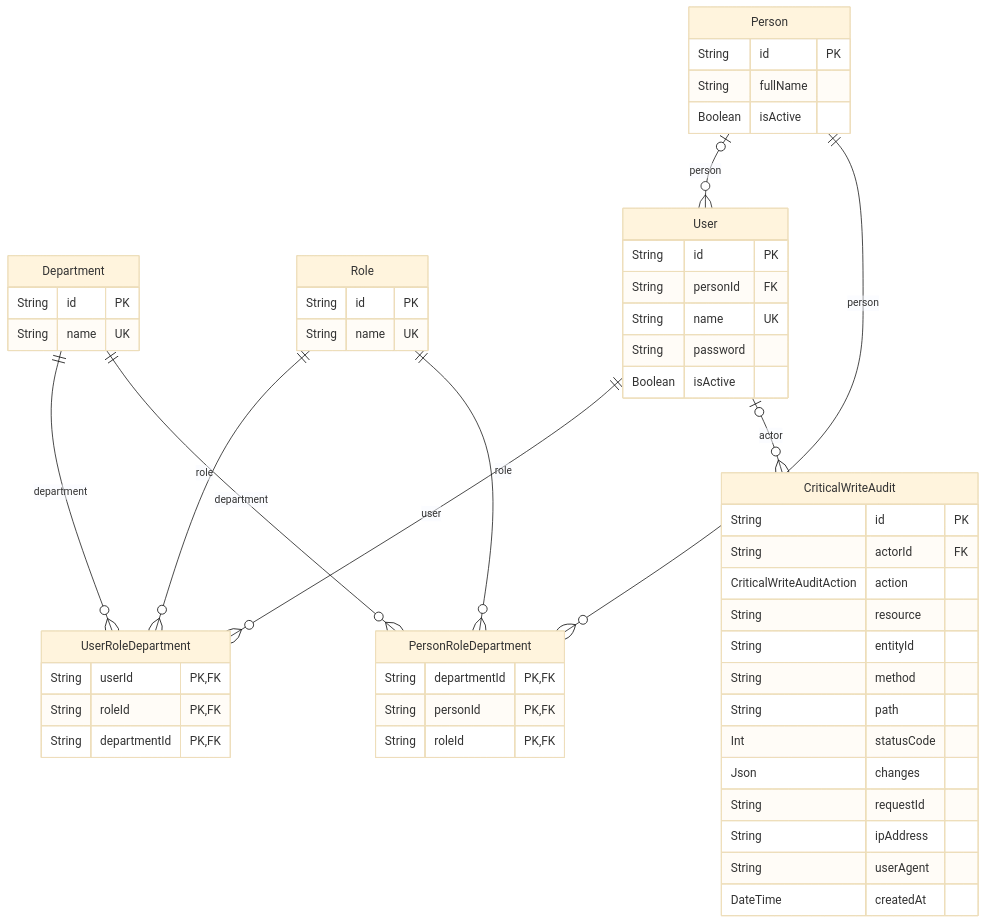
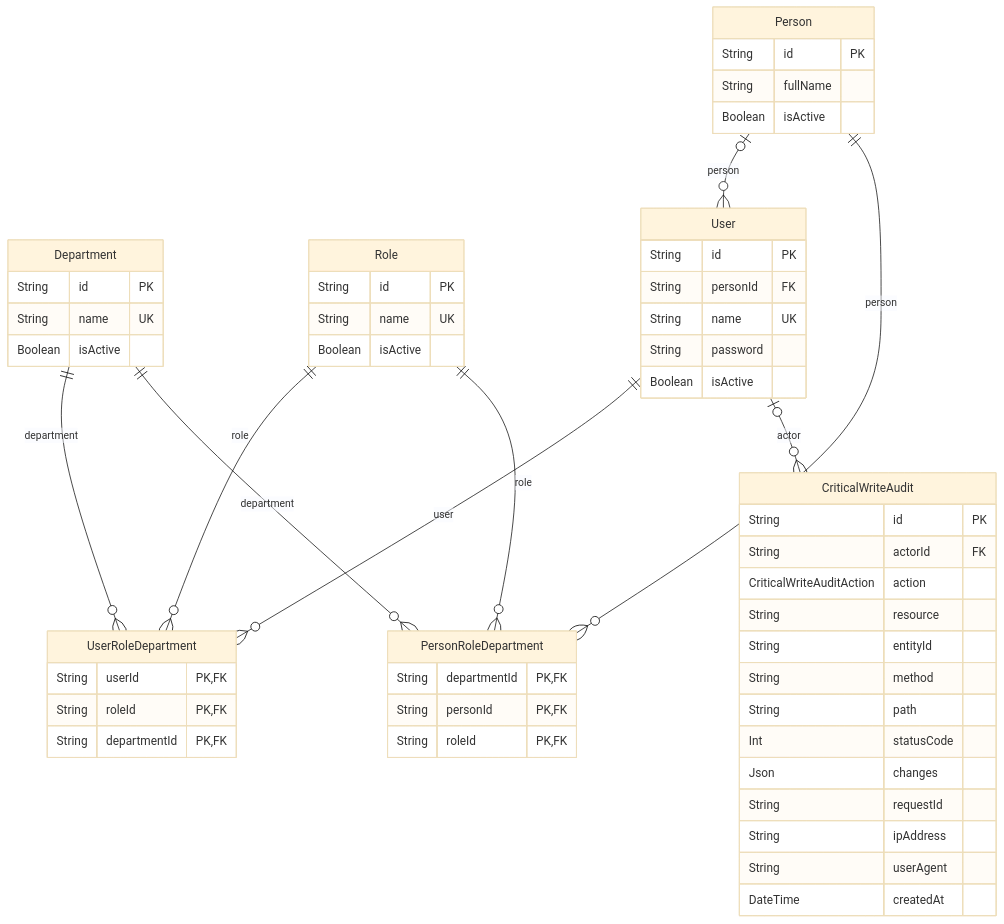
Before and after one commit to gpgsistemas01/nexus: the first of 5 diagrams in docs/generated/database-schema.md, drawn with Mermaid (base theme). The commit also changed other lines of this file and 66 other files, not shown here.

````diff
--- a/docs/generated/database-schema.md
+++ b/docs/generated/database-schema.md
@@ -18,56 +18,58 @@
 ```mermaid
 erDiagram
     Department {
         String id PK
         String name UK
+        Boolean isActive
     }
     Role {
         String id PK
         String name UK
+        Boolean isActive
     }
     User {
         String id PK
         String personId FK
         String name UK
         String password
         Boolean isActive
     }
     Person {
         String id PK
         String fullName
         Boolean isActive
     }
     UserRoleDepartment {
         String userId PK,FK
         String roleId PK,FK
         String departmentId PK,FK
     }
     PersonRoleDepartment {
         String departmentId PK,FK
         String personId PK,FK
         String roleId PK,FK
     }
     CriticalWriteAudit {
         String id PK
         String actorId FK
         CriticalWriteAuditAction action
         String resource
         String entityId
         String method
         String path
         Int statusCode
         Json changes
         String requestId
         String ipAddress
         String userAgent
         DateTime createdAt
     }
     Person o|--o{ User : "person"
     User ||--o{ UserRoleDepartment : "user"
     Role ||--o{ UserRoleDepartment : "role"
     Department ||--o{ UserRoleDepartment : "department"
     Department ||--o{ PersonRoleDepartment : "department"
     Person ||--o{ PersonRoleDepartment : "person"
     Role ||--o{ PersonRoleDepartment : "role"
     User o|--o{ CriticalWriteAudit : "actor"
 ```
````
